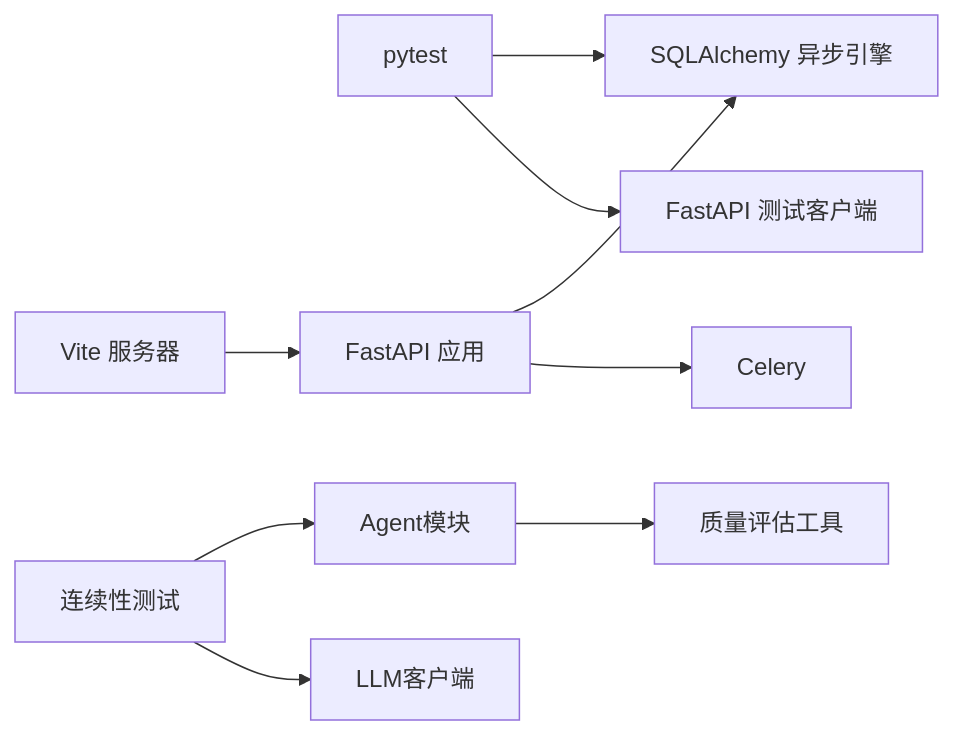
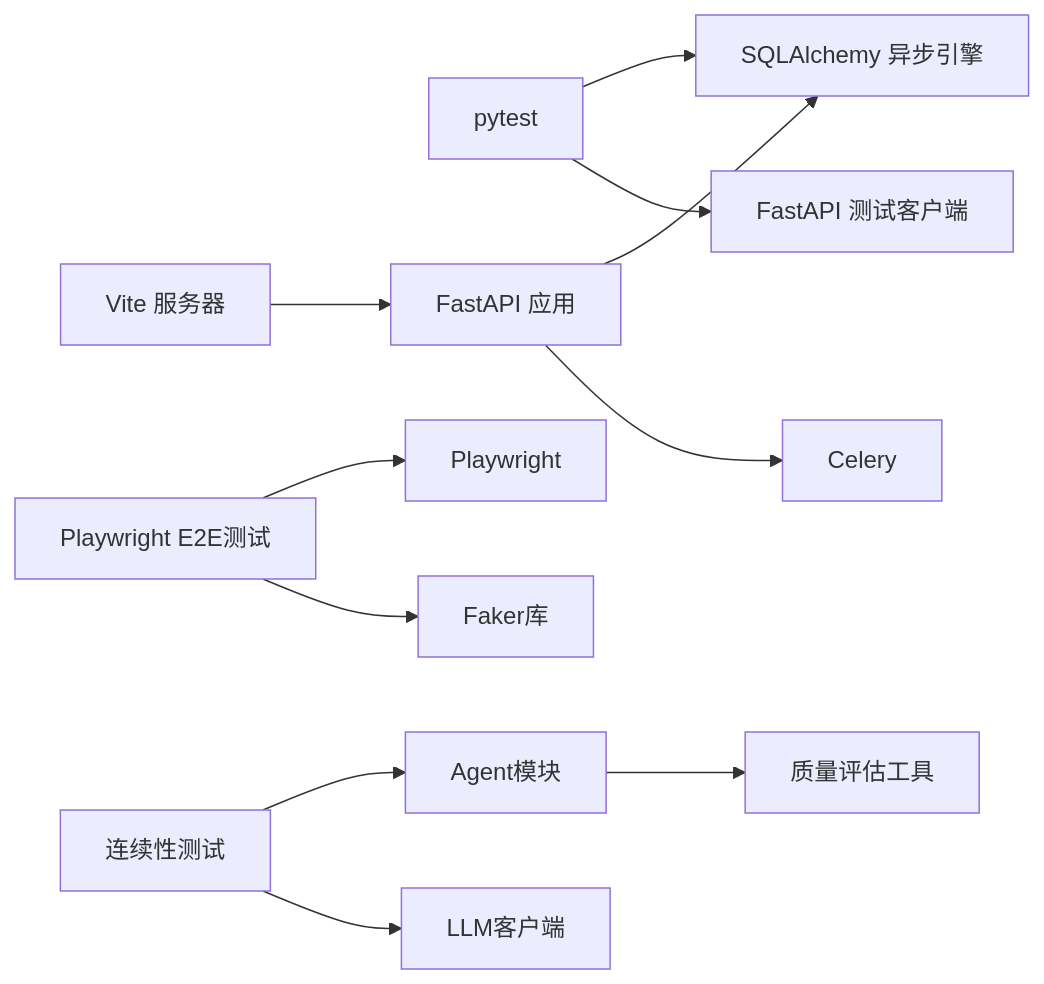
One commit to xfbyxq/ai-novel-system changed the seventh of 7 diagrams in .qoder/repowiki/zh/content/测试策略/测试策略.md. Above: the diagram before and after it, drawn with Mermaid. The commit also changed other lines of this file and 17 other files, not shown here.

````diff
--- a/.qoder/repowiki/zh/content/测试策略/测试策略.md
+++ b/.qoder/repowiki/zh/content/测试策略/测试策略.md
@@ -321,11 +432,13 @@
 ```mermaid
 graph LR
 PY["pytest"] --> DB["SQLAlchemy 异步引擎"]
 PY --> HTTP["FastAPI 测试客户端"]
 VITE["Vite 服务器"] --> BE["FastAPI 应用"]
 BE --> DB
 BE --> CEL["Celery"]
+E2E["Playwright E2E测试"] --> PW["Playwright"]
+E2E --> FAKE["Faker库"]
 CONTINUITY["连续性测试"] --> AGENTS["Agent模块"]
 CONTINUITY --> LLM["LLM客户端"]
 AGENTS --> QUALITY["质量评估工具"]
 ```
````
